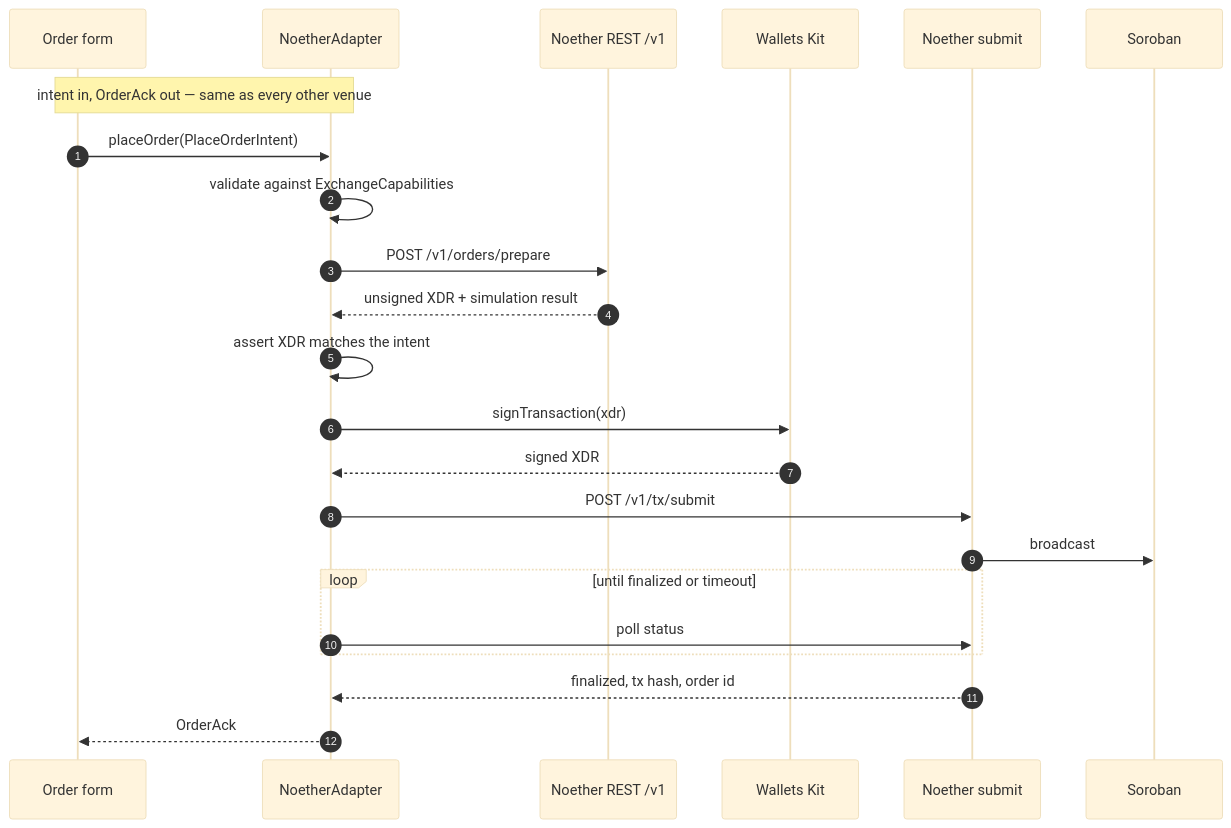
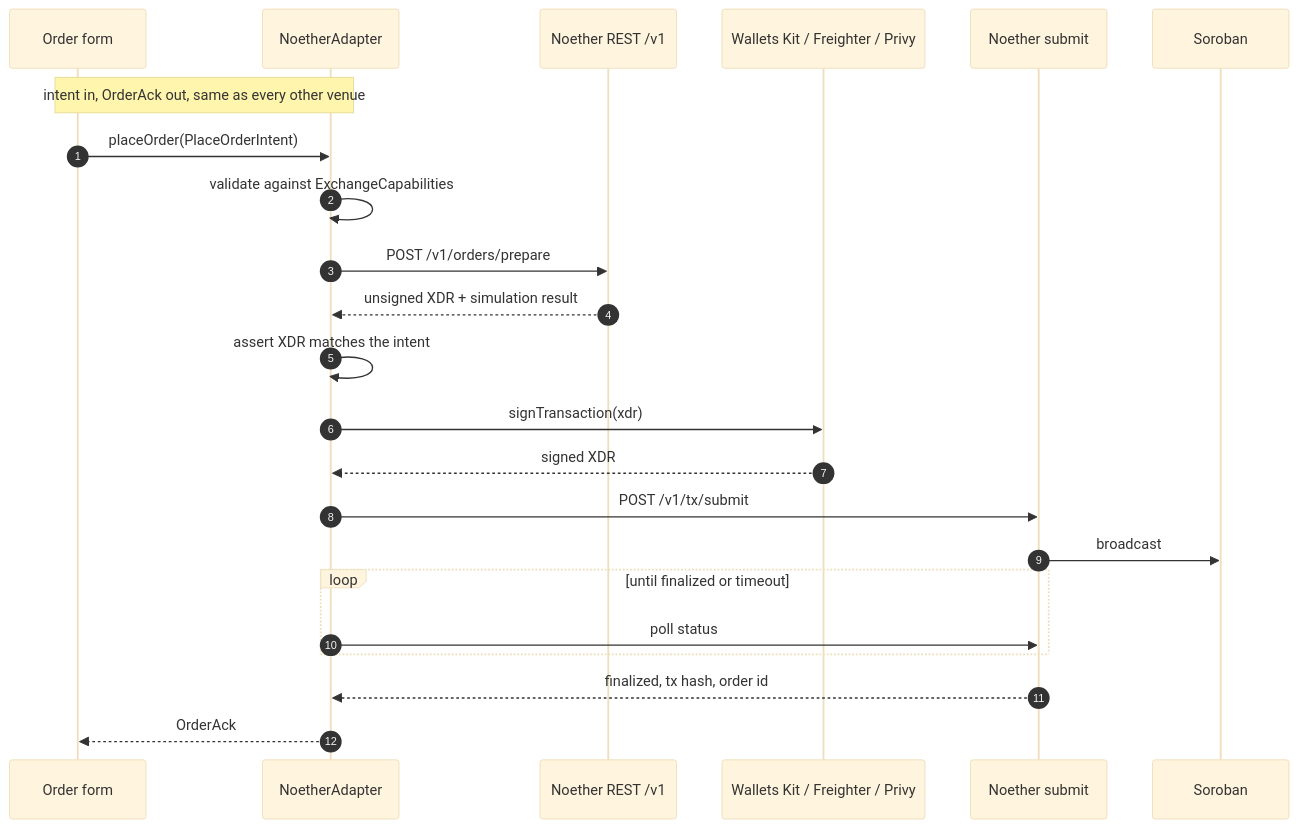
Before and after one commit to tradefighters/stellar-integration: the third of 7 diagrams in docs/ARCHITECTURE.md, drawn with Mermaid (base theme). The commit also changed other lines of this file and 6 other files, not shown here.

````diff
--- a/docs/ARCHITECTURE.md
+++ b/docs/ARCHITECTURE.md
@@ -144,26 +224,26 @@
 ```mermaid
 sequenceDiagram
     autonumber
     participant UI as Order form
     participant AD as NoetherAdapter
     participant REST as Noether REST /v1
-    participant WK as Wallets Kit
+    participant WK as Wallets Kit / Freighter / Privy
     participant SUB as Noether submit
     participant SOR as Soroban
 
-    Note over UI,AD: intent in, OrderAck out — same as every other venue
+    Note over UI,AD: intent in, OrderAck out, same as every other venue
     UI->>AD: placeOrder(PlaceOrderIntent)
     AD->>AD: validate against ExchangeCapabilities
     AD->>REST: POST /v1/orders/prepare
     REST-->>AD: unsigned XDR + simulation result
     AD->>AD: assert XDR matches the intent
     AD->>WK: signTransaction(xdr)
     WK-->>AD: signed XDR
     AD->>SUB: POST /v1/tx/submit
     SUB->>SOR: broadcast
     loop until finalized or timeout
         AD->>SUB: poll status
     end
     SUB-->>AD: finalized, tx hash, order id
     AD-->>UI: OrderAck
 ```
````
